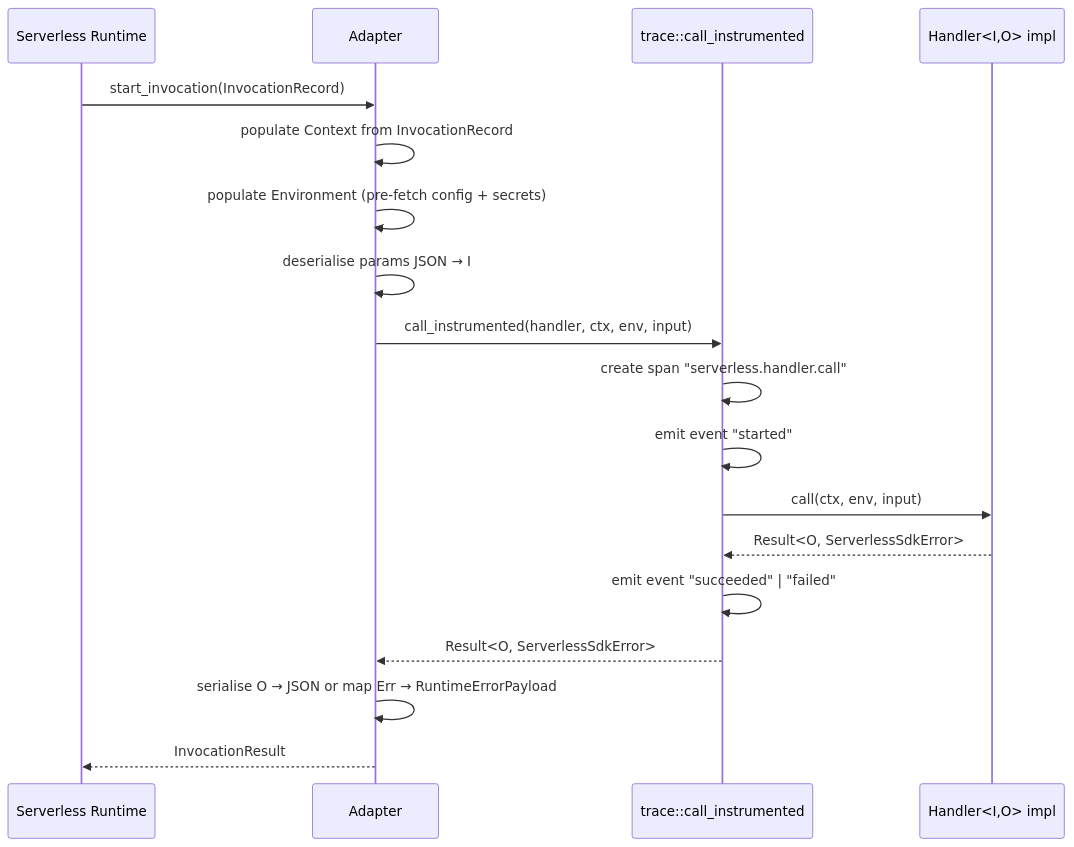
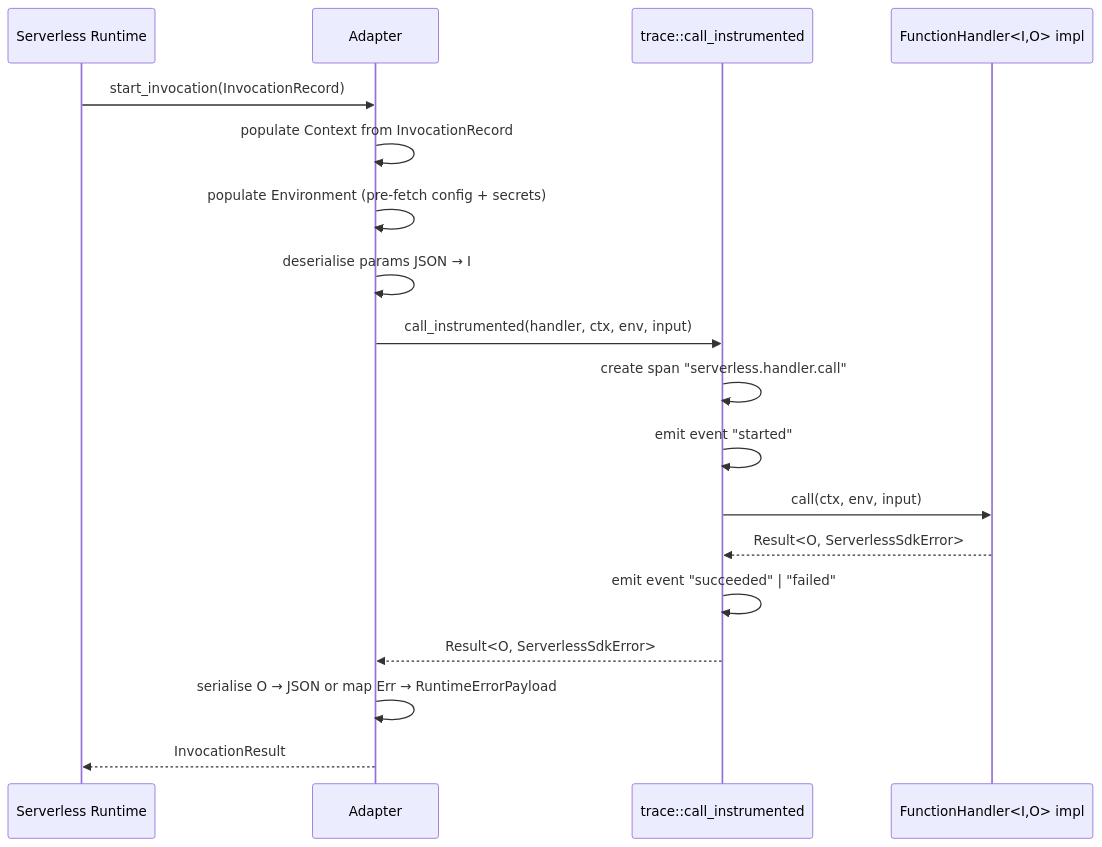
The second of 3 diagrams in modules/serverless-sdk/docs/DESIGN.md (constructorfabric/gears-rust), drawn with Mermaid before and after one commit. The commit also changed other lines of this file and 7 other files, not shown here.

Commit message:
docs(serverless-sdk): added headers, addresed comments related to Function handler and compensate

````diff
--- a/modules/serverless-sdk/docs/DESIGN.md
+++ b/modules/serverless-sdk/docs/DESIGN.md
@@ -632,21 +638,21 @@
 ```mermaid
 sequenceDiagram
     participant R as Serverless Runtime
     participant A as Adapter
     participant T as trace::call_instrumented
-    participant H as Handler<I,O> impl
+    participant H as FunctionHandler<I,O> impl
 
     R->>A: start_invocation(InvocationRecord)
     A->>A: populate Context from InvocationRecord
     A->>A: populate Environment (pre-fetch config + secrets)
     A->>A: deserialise params JSON → I
     A->>T: call_instrumented(handler, ctx, env, input)
     T->>T: create span "serverless.handler.call"
     T->>T: emit event "started"
     T->>H: call(ctx, env, input)
     H-->>T: Result<O, ServerlessSdkError>
     T->>T: emit event "succeeded" | "failed"
     T-->>A: Result<O, ServerlessSdkError>
     A->>A: serialise O → JSON or map Err → RuntimeErrorPayload
     A-->>R: InvocationResult
 ```
````
